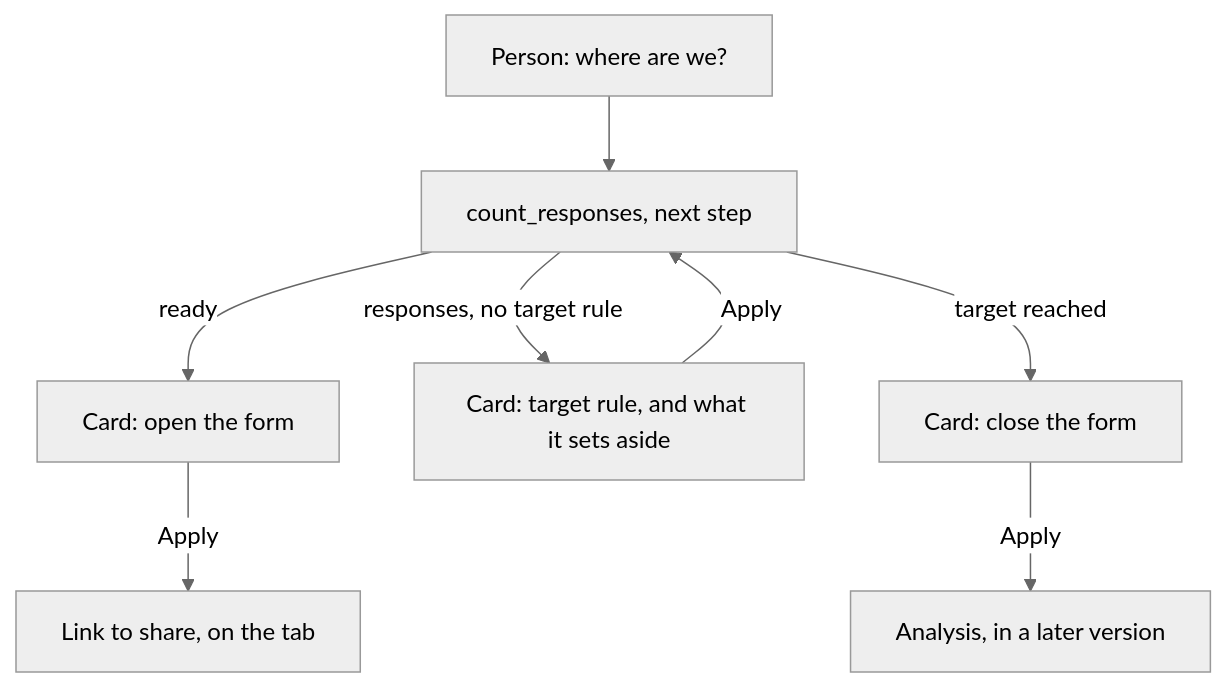
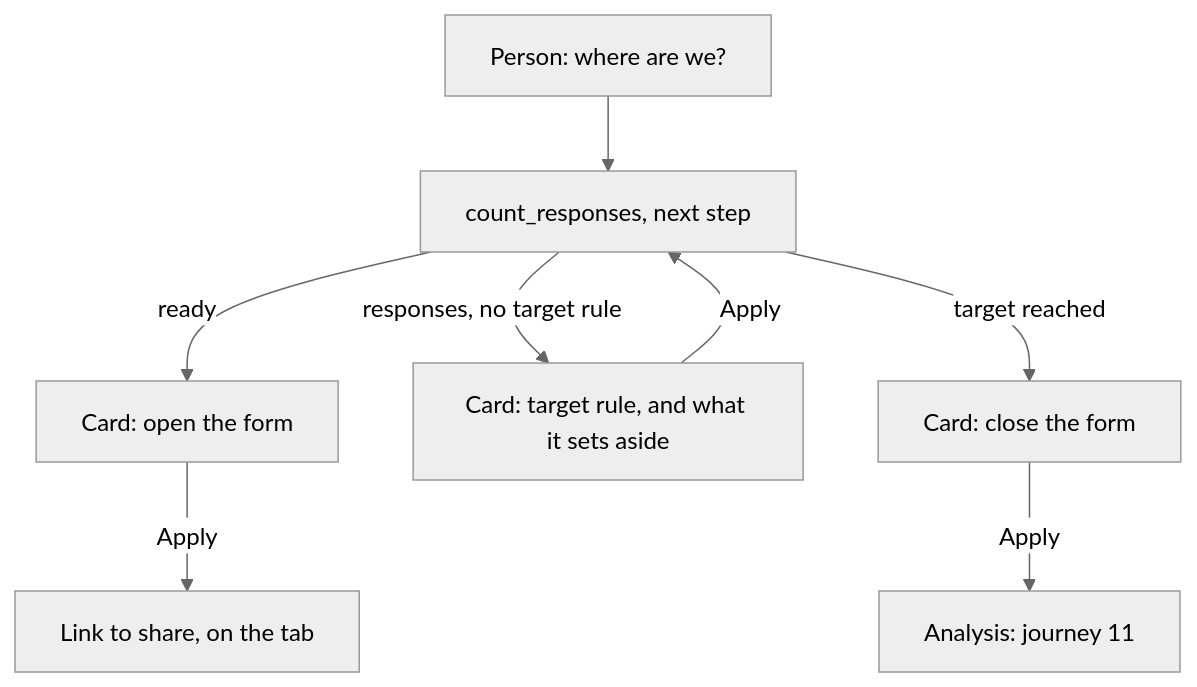
Before and after one commit to binarii-io/goodresearch: the diagram in docs/agent-journeys/10-survey-fieldwork.md, drawn with Mermaid (neutral theme). The commit also changed 255 other files, not shown here.

````diff
--- a/docs/agent-journeys/10-survey-fieldwork.md
+++ b/docs/agent-journeys/10-survey-fieldwork.md
@@ -32,10 +32,10 @@
 ```mermaid
 flowchart TD
     A["Person: where are we?"] --> C["count_responses, next step"]
     C -->|"ready"| O["Card: open the form"]
     O -->|"Apply"| L["Link to share, on the tab"]
     C -->|"responses, no target rule"| R["Card: target rule, and what it sets aside"]
     R -->|"Apply"| C
     C -->|"target reached"| F["Card: close the form"]
-    F -->|"Apply"| N["Analysis, in a later version"]
+    F -->|"Apply"| N["Analysis: journey 11"]
 ```
````
